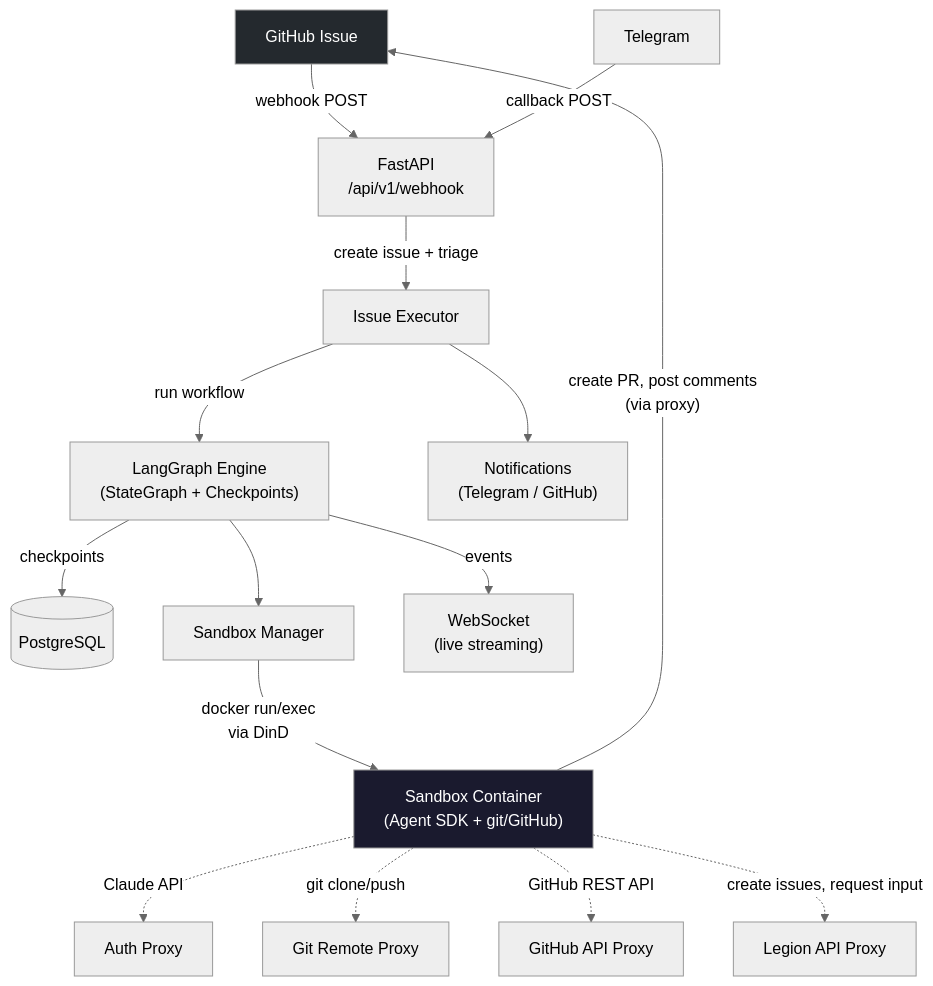
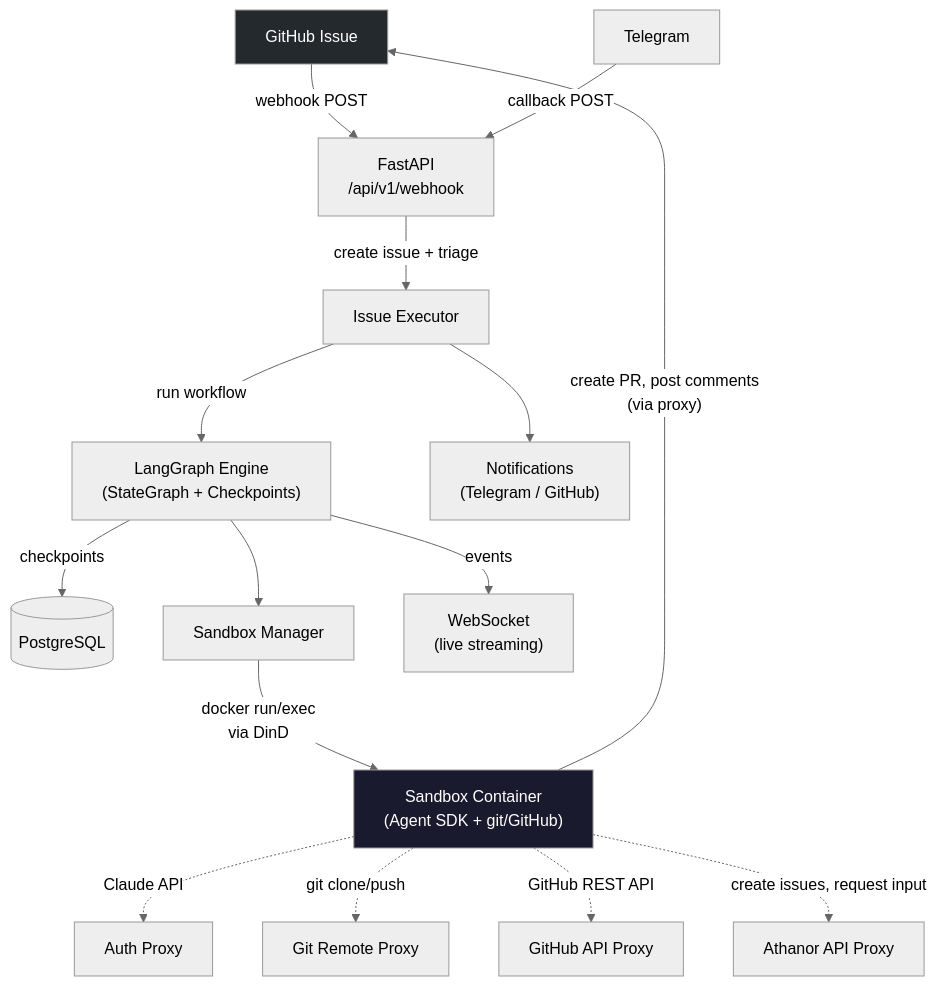
The first of 10 diagrams in docs/architecture.md (sudoTomas/embry0), drawn with Mermaid (neutral theme) before and after one commit. The commit also changed other lines of this file and 2 other files, not shown here.

First line of the commit message:
docs: rename Legion → embry0 across active documentation

````diff
--- a/docs/architecture.md
+++ b/docs/architecture.md
@@ -11,23 +11,23 @@
 ```mermaid
 graph TB
     GH["GitHub Issue"] -->|webhook POST| API["FastAPI<br/>/api/v1/webhook"]
     TG["Telegram"] -->|callback POST| API
     API -->|create issue + triage| EX["Issue Executor"]
     EX -->|"run workflow"| LG["LangGraph Engine<br/>(StateGraph + Checkpoints)"]
     LG -->|checkpoints| PG[("PostgreSQL")]
 
     LG --> SM["Sandbox Manager"]
     SM -->|"docker run/exec<br/>via DinD"| SB["Sandbox Container<br/>(Agent SDK + git/GitHub)"]
     SB -.->|"Claude API"| AP["Auth Proxy"]
     SB -.->|"git clone/push"| GP["Git Remote Proxy"]
     SB -.->|"GitHub REST API"| GHP["GitHub API Proxy"]
-    SB -.->|"create issues, request input"| LP["Legion API Proxy"]
+    SB -.->|"create issues, request input"| LP["Athanor API Proxy"]
 
     SB -->|"create PR, post comments<br/>(via proxy)"| GH
 
     LG -->|events| WS["WebSocket<br/>(live streaming)"]
     EX --> NT["Notifications<br/>(Telegram / GitHub)"]
 
     style GH fill:#24292e,color:#fff
     style SB fill:#1a1a2e,color:#fff
 ```
````
